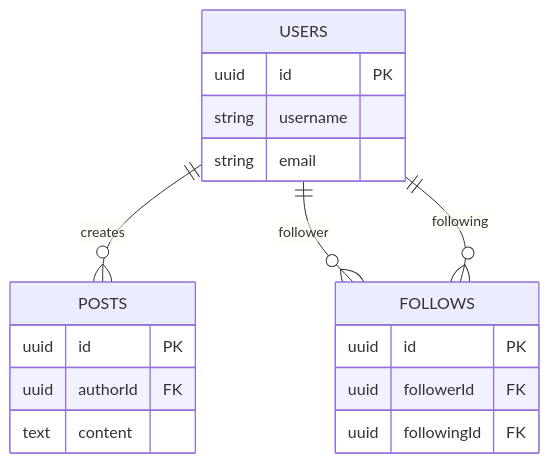
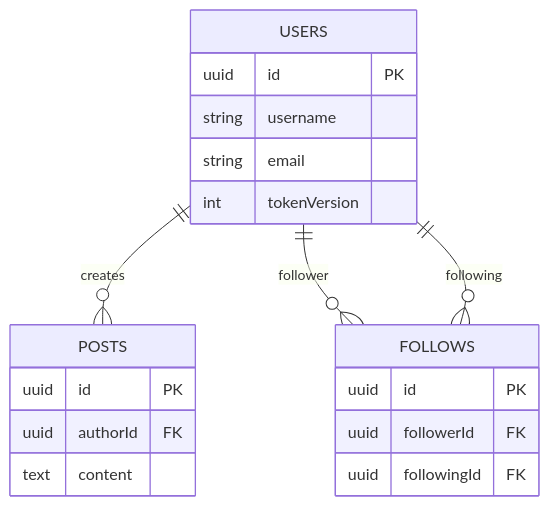
The diagram in docs/system-design/02-data-model.md (mylo-james/isntgram-ai), drawn with Mermaid before and after one commit. The commit also changed other lines of this file and 152 other files, not shown here.

````diff
--- a/docs/system-design/02-data-model.md
+++ b/docs/system-design/02-data-model.md
@@ -5,22 +5,23 @@
 ```mermaid
 erDiagram
   USERS ||--o{ POSTS : creates
   USERS ||--o{ FOLLOWS : follower
   USERS ||--o{ FOLLOWS : following
 
   USERS {
     uuid id PK
     string username
     string email
+    int tokenVersion
   }
   POSTS {
     uuid id PK
     uuid authorId FK
     text content
   }
   FOLLOWS {
     uuid id PK
     uuid followerId FK
     uuid followingId FK
   }
 ```
````
